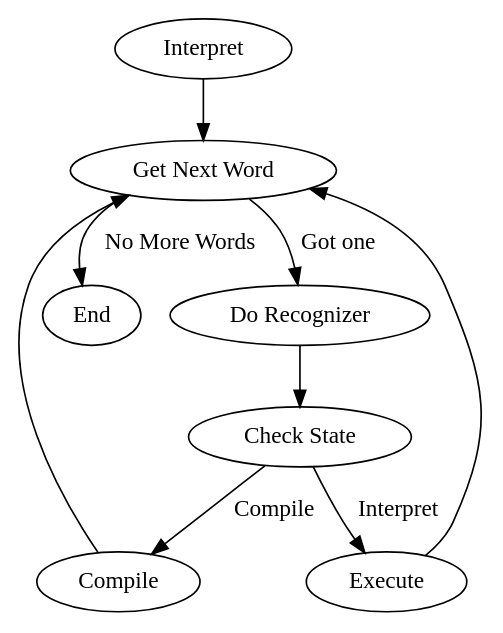
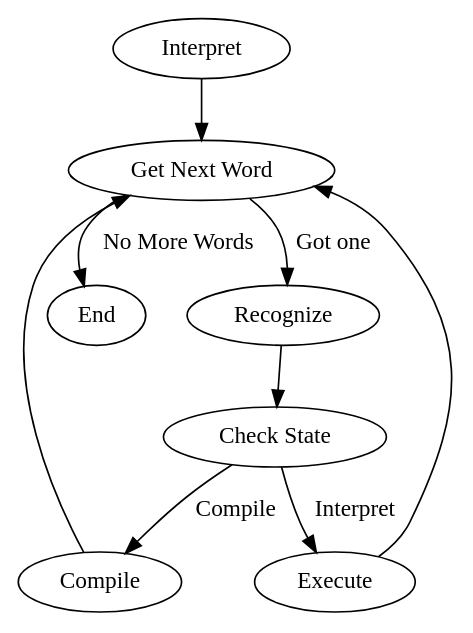
Before and after one commit to snowyu/amforth: the first of 2 diagrams in doc/source/TG/Architecture.rst, drawn with Graphviz. The commit also changed other lines of this file and 7 other files, not shown here.

```diff
--- a/doc/source/TG/Architecture.rst
+++ b/doc/source/TG/Architecture.rst
@@ -63,11 +63,11 @@
 .. digraph:: Recognizer
    :inline:
 
    "Interpret" -> "Get Next Word"
-   "Get Next Word" -> "Do Recognizer" [label="Got one"]
+   "Get Next Word" -> "Recognize" [label="Got one"]
    "Get Next Word" -> "End" [label="No More Words"];
-   "Do Recognizer" -> "Check State"
+   "Recognize" -> "Check State"
    "Check State" -> "Compile" [label="Compile"];
    "Check State" -> "Execute" [label="Interpret"];
    "Compile" -> "Get Next Word"
    "Execute" -> "Get Next Word"
```
